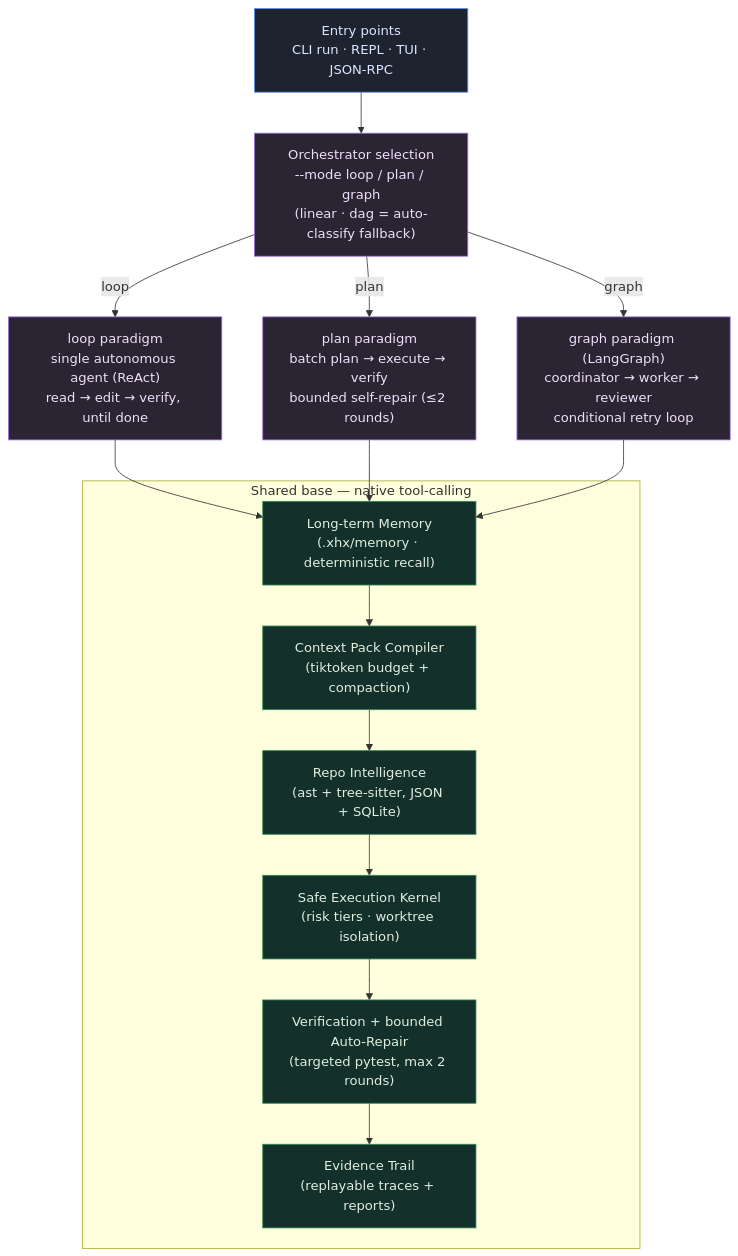
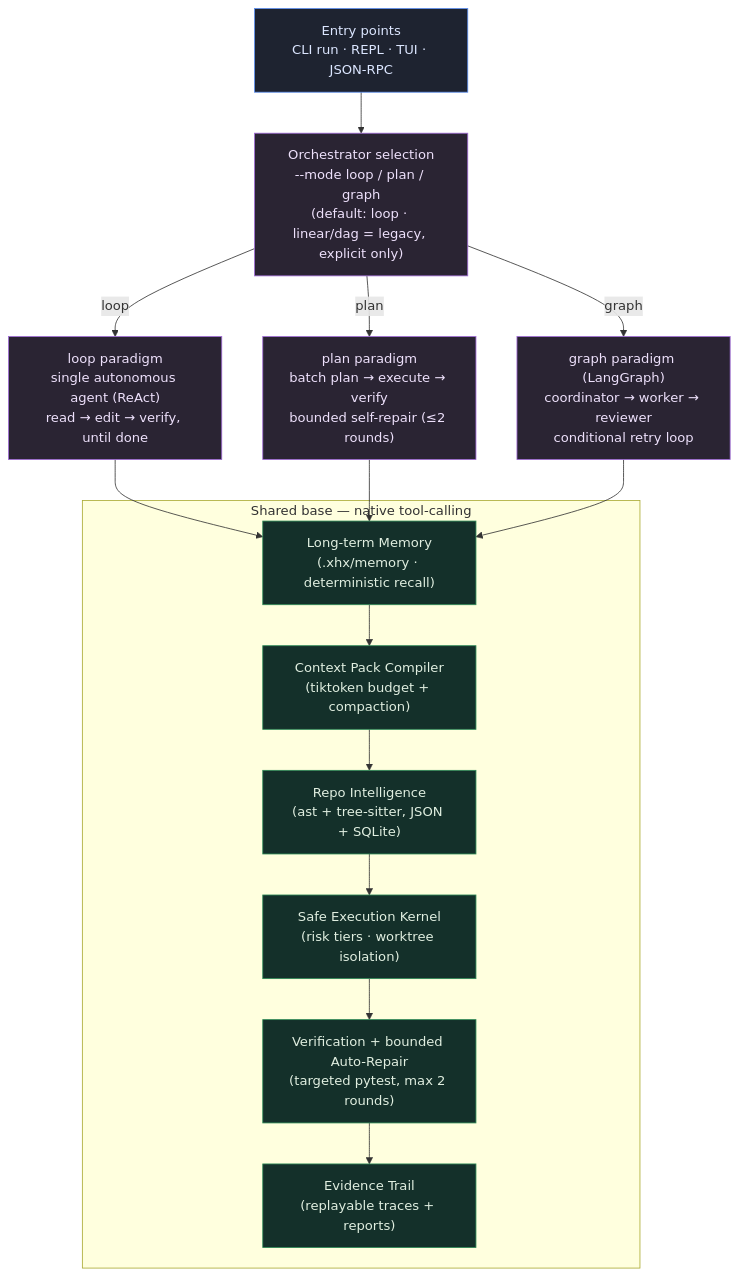
Before and after one commit to kongshuilinhua/XHX-Agent: the diagram in README.md, drawn with Mermaid. The commit also changed other lines of this file and 1 other file, not shown here.

Commit message:
docs(readme): default mode is now loop (3b-2); linear/dag are explicit-only legacy

````diff
--- a/README.md
+++ b/README.md
@@ -37,30 +37,30 @@
 ```mermaid
 graph TD
     classDef entry fill:#1e2330,stroke:#5b8def,stroke-width:1px,color:#dce6ff;
     classDef orch fill:#2a2433,stroke:#a06bd6,stroke-width:1px,color:#ede0fb;
     classDef base fill:#14302a,stroke:#2e8b57,stroke-width:1px,color:#e0eee0;
 
     E["Entry points<br/>CLI run · REPL · TUI · JSON-RPC"]:::entry
-    S["Orchestrator selection<br/>--mode loop / plan / graph<br/>(linear · dag = auto-classify fallback)"]:::orch
+    S["Orchestrator selection<br/>--mode loop / plan / graph<br/>(default: loop · linear/dag = legacy, explicit only)"]:::orch
     L["loop paradigm<br/>single autonomous agent (ReAct)<br/>read → edit → verify, until done"]:::orch
     P["plan paradigm<br/>batch plan → execute → verify<br/>bounded self-repair (≤2 rounds)"]:::orch
     G["graph paradigm (LangGraph)<br/>coordinator → worker → reviewer<br/>conditional retry loop"]:::orch
 
     subgraph base_box["Shared base — native tool-calling"]
         M["Long-term Memory<br/>(.xhx/memory · deterministic recall)"]:::base
         B["Context Pack Compiler<br/>(tiktoken budget + compaction)"]:::base
         R["Repo Intelligence<br/>(ast + tree-sitter, JSON + SQLite)"]:::base
         K["Safe Execution Kernel<br/>(risk tiers · worktree isolation)"]:::base
         V["Verification + bounded Auto-Repair<br/>(targeted pytest, max 2 rounds)"]:::base
         EV["Evidence Trail<br/>(replayable traces + reports)"]:::base
         M --> B --> R --> K --> V --> EV
     end
 
     E --> S
     S -->|loop| L
     S -->|plan| P
     S -->|graph| G
     L --> M
     P --> M
     G --> M
 ```
````
